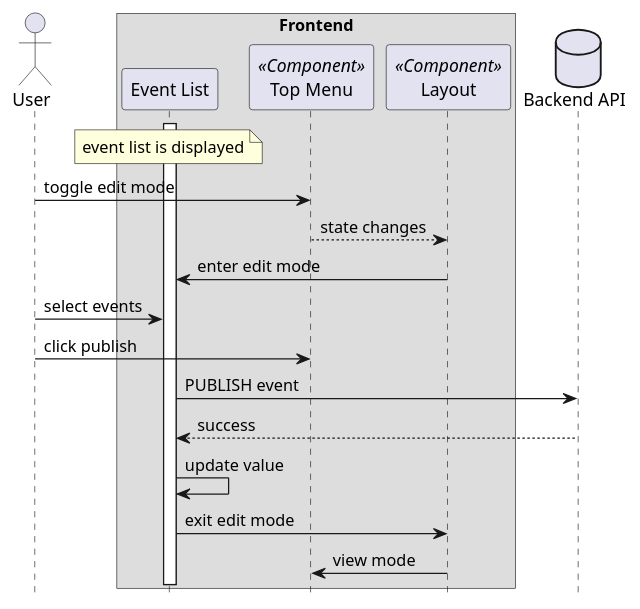
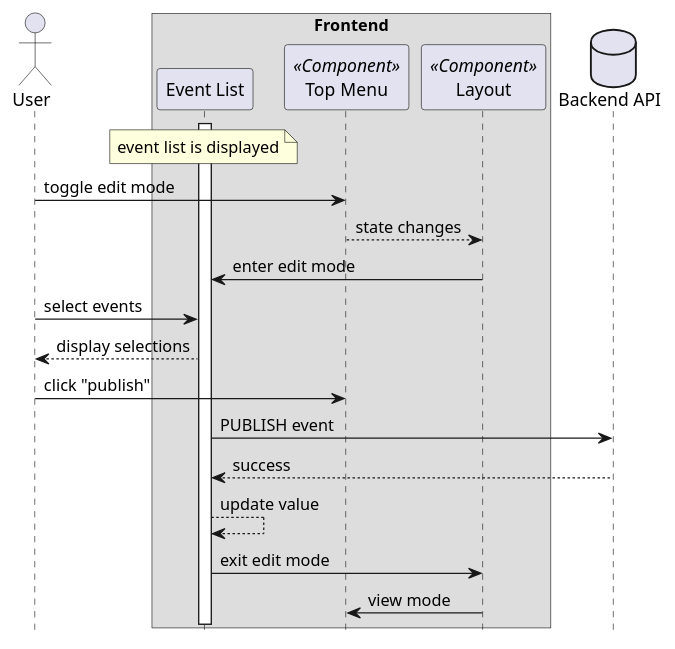
Before and after one commit to Modern-MISP/frontend: the diagram in docs/sequencediagrams/plantuml/publish_event.plantuml, drawn with PlantUML.

Commit message:
added arrows

```diff
--- a/docs/sequencediagrams/plantuml/publish_event.plantuml
+++ b/docs/sequencediagrams/plantuml/publish_event.plantuml
@@ -1,26 +1,27 @@
 @startuml
 hide footbox
 
 actor User as user
 box "Frontend"
 participant "Event List" as eventlist
 participant "Top Menu" as topmenu <<Component>>
 participant "Layout" as layout <<Component>>
 end box
 database "Backend API" as api
 
 note over eventlist : event list is displayed
 
 activate eventlist
 user -> topmenu : toggle edit mode
 topmenu --> layout : state changes
 layout -> eventlist : enter edit mode
 user -> eventlist : select events
-user -> topmenu : click publish
+eventlist --> user : display selections
+user -> topmenu : click "publish"
 eventlist -> api : PUBLISH event
 api --> eventlist : success
-eventlist -> eventlist : update value
+eventlist --> eventlist : update value
 
 eventlist -> layout : exit edit mode
 layout -> topmenu : view mode
 @enduml
```
